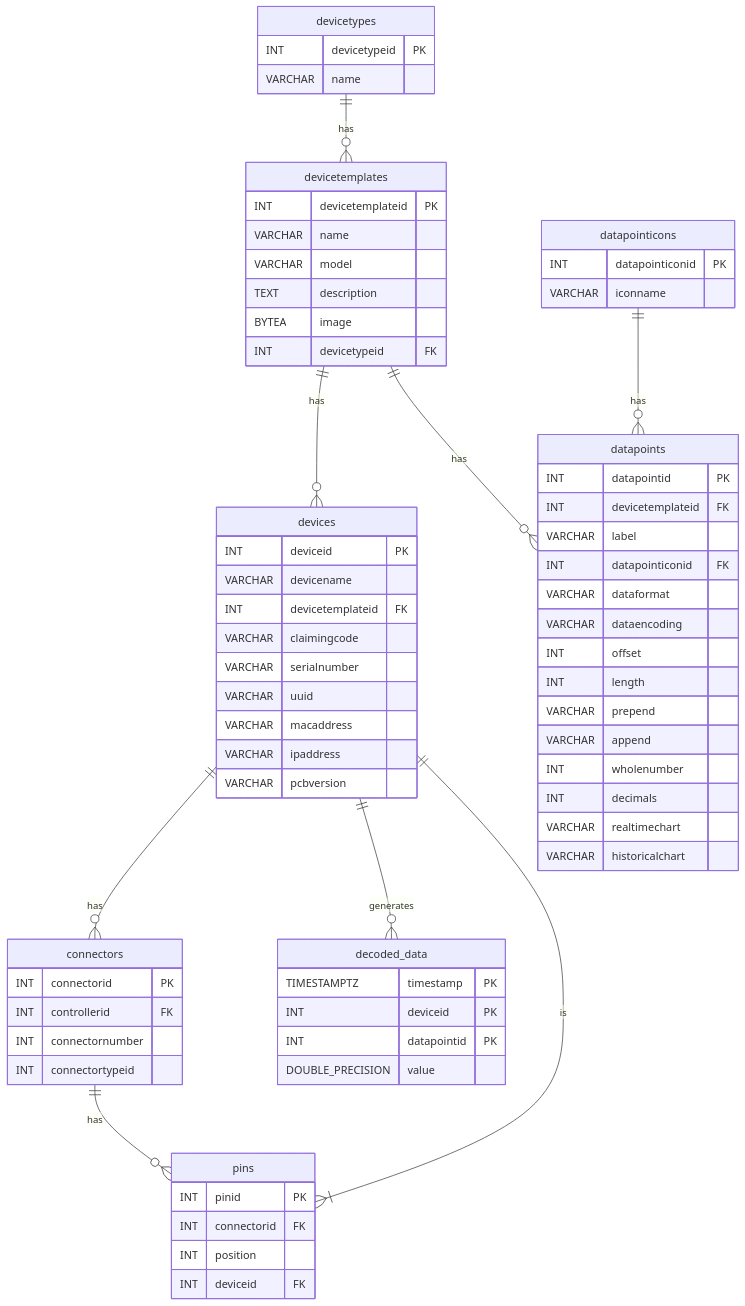
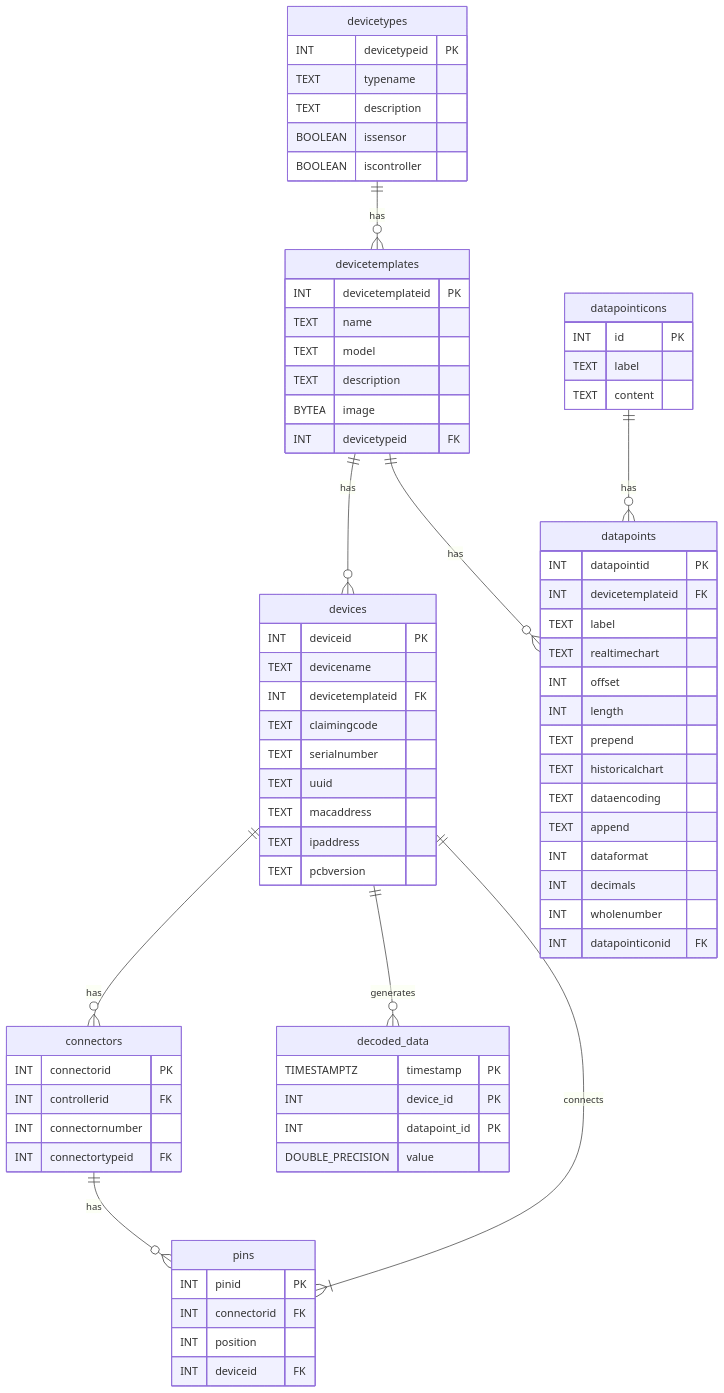
Before and after one commit to amoyavt/POC_MQTT: the diagram in docs/data-models.md, drawn with Mermaid. The commit also changed other lines of this file and 2 other files, not shown here.

Commit message:
feat: Update database schema and initialization scripts for enhanced device and data point definitions

````diff
--- a/docs/data-models.md
+++ b/docs/data-models.md
@@ -6,74 +7,78 @@
 ```mermaid
 erDiagram
     "devicetypes" {
         INT devicetypeid PK
-        VARCHAR name
+        TEXT typename
+        TEXT description
+        BOOLEAN issensor
+        BOOLEAN iscontroller
     }
     "devicetemplates" {
         INT devicetemplateid PK
-        VARCHAR name
-        VARCHAR model
+        TEXT name
+        TEXT model
         TEXT description
         BYTEA image
         INT devicetypeid FK
     }
     "devices" {
         INT deviceid PK
-        VARCHAR devicename
+        TEXT devicename
         INT devicetemplateid FK
-        VARCHAR claimingcode
-        VARCHAR serialnumber
-        VARCHAR uuid
-        VARCHAR macaddress
-        VARCHAR ipaddress
-        VARCHAR pcbversion
+        TEXT claimingcode
+        TEXT serialnumber
+        TEXT uuid
+        TEXT macaddress
+        TEXT ipaddress
+        TEXT pcbversion
     }
     "connectors" {
         INT connectorid PK
         INT controllerid FK
         INT connectornumber
-        INT connectortypeid
+        INT connectortypeid FK
     }
     "pins" {
         INT pinid PK
         INT connectorid FK
         INT position
         INT deviceid FK
     }
     "datapointicons" {
-        INT datapointiconid PK
-        VARCHAR iconname
+        INT id PK
+        TEXT label
+        TEXT content
     }
     "datapoints" {
         INT datapointid PK
         INT devicetemplateid FK
-        VARCHAR label
-        INT datapointiconid FK
-        VARCHAR dataformat
-        VARCHAR dataencoding
+        TEXT label
+        TEXT realtimechart
         INT offset
         INT length
-        VARCHAR prepend
-        VARCHAR append
+        TEXT prepend
+        TEXT historicalchart
+        TEXT dataencoding
+        TEXT append
+        INT dataformat
+        INT decimals
         INT wholenumber
-        INT decimals
-        VARCHAR realtimechart
-        VARCHAR historicalchart
+        INT datapointiconid FK
     }
     "decoded_data" {
         TIMESTAMPTZ timestamp PK
-        INT deviceid PK
-        INT datapointid PK
+        INT device_id PK
+        INT datapoint_id PK
         DOUBLE_PRECISION value
     }
 
     "devicetypes" ||--o{ "devicetemplates" : "has"
     "devicetemplates" ||--o{ "devices" : "has"
     "devicetemplates" ||--o{ "datapoints" : "has"
     "devices" ||--o{ "connectors" : "has"
     "connectors" ||--o{ "pins" : "has"
-    "devices" ||--|{ "pins" : "is"
+    "devices" ||--|{ "pins" : "connects"
     "datapointicons" ||--o{ "datapoints" : "has"
     "devices" ||--o{ "decoded_data" : "generates"
 
 ```
````
